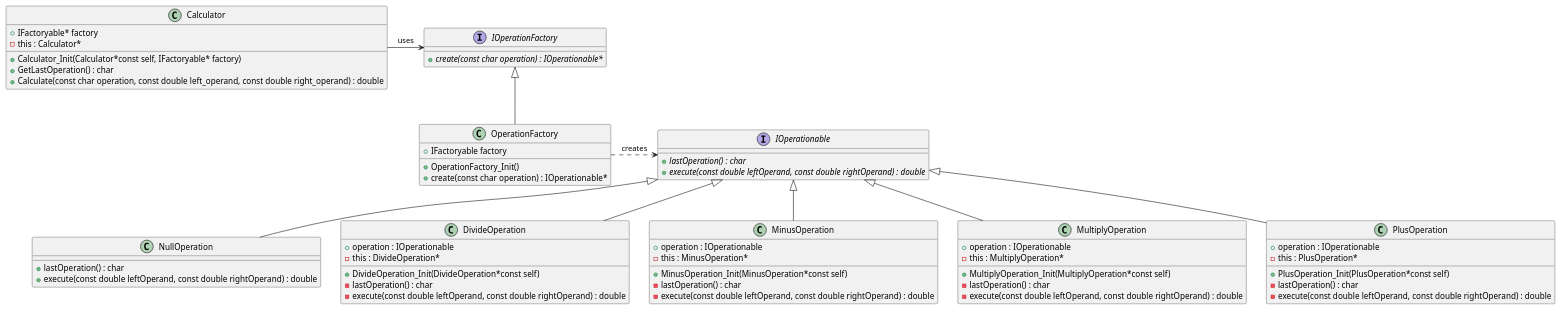
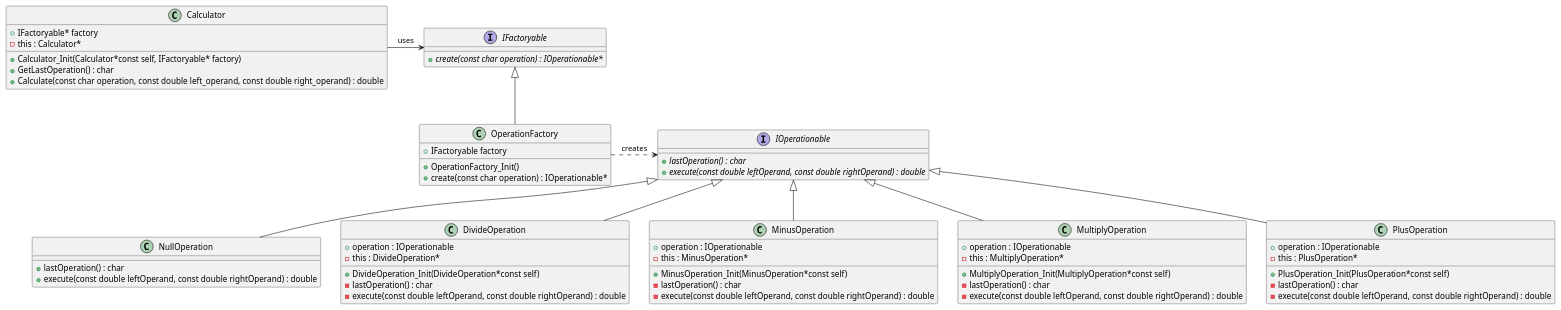
One commit to MatrixWeber/CleanCode_C changed the diagram in Exercises/MyTries/refactoring/simplify_factory/simplify/uml.puml. Above: the diagram before and after it, drawn with PlantUML. The commit also changed 4 other files, not shown here.

```diff
--- a/Exercises/MyTries/refactoring/simplify_factory/simplify/uml.puml
+++ b/Exercises/MyTries/refactoring/simplify_factory/simplify/uml.puml
@@ -1,105 +1,105 @@
 @startuml
 
 
-interface IOperationFactory {
+interface IFactoryable {
 	+{abstract} create(const char operation) : IOperationable*
 }
 
 
 interface IOperationable {
 	+{abstract} lastOperation() : char
 	+{abstract} execute(const double leftOperand, const double rightOperand) : double
 }
 
 class OperationFactory {
     +IFactoryable factory
 	+OperationFactory_Init()
 	+create(const char operation) : IOperationable*
 }
 
 class NullOperation {
 	+lastOperation() : char
 	+execute(const double leftOperand, const double rightOperand) : double
 }
 
 /' Objects '/
 
 class Calculator {
     +IFactoryable* factory
     -this : Calculator*
 	+Calculator_Init(Calculator*const self, IFactoryable* factory)
 	+GetLastOperation() : char
 	+Calculate(const char operation, const double left_operand, const double right_operand) : double
 }
 
 
 class DivideOperation {
 	+DivideOperation_Init(DivideOperation*const self)
 	+operation : IOperationable
 	-this : DivideOperation*
 	-lastOperation() : char
 	-execute(const double leftOperand, const double rightOperand) : double
 }
 
 class MinusOperation {
 	+MinusOperation_Init(MinusOperation*const self)
 	+operation : IOperationable
 	-this : MinusOperation*
 	-lastOperation() : char
 	-execute(const double leftOperand, const double rightOperand) : double
 }
 
 
 class MultiplyOperation {
 	+MultiplyOperation_Init(MultiplyOperation*const self)
 	+operation : IOperationable
 	-this : MultiplyOperation*
 	-lastOperation() : char
 	-execute(const double leftOperand, const double rightOperand) : double
 }
 
 
 class PlusOperation {
 	+PlusOperation_Init(PlusOperation*const self)
 	+operation : IOperationable
 	-this : PlusOperation*
 	-lastOperation() : char
 	-execute(const double leftOperand, const double rightOperand) : double
 }
 
 
 /' Inheritance relationships '/
 
-IOperationFactory <|-- OperationFactory
+IFactoryable <|-- OperationFactory
 
 
 IOperationable <|-- DivideOperation
 
 
 IOperationable <|-- MinusOperation
 
 
 IOperationable <|-- MultiplyOperation
 
 
 IOperationable <|-- NullOperation
 
 
 IOperationable <|-- PlusOperation
 
 
 
 
 
 /' Aggregation relationships '/
 
-Calculator -> IOperationFactory : uses
+Calculator -> IFactoryable : uses
 
 
 OperationFactory .> IOperationable : creates
 
 
 
 
 
 @enduml
```
